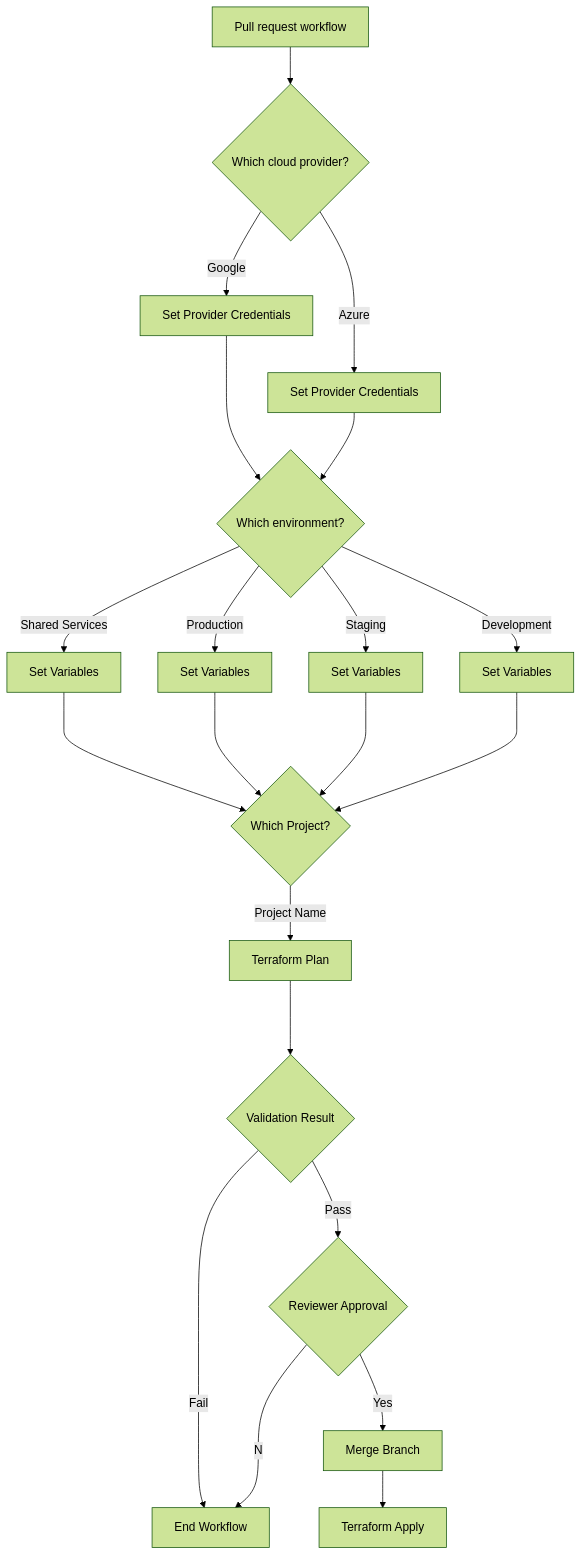
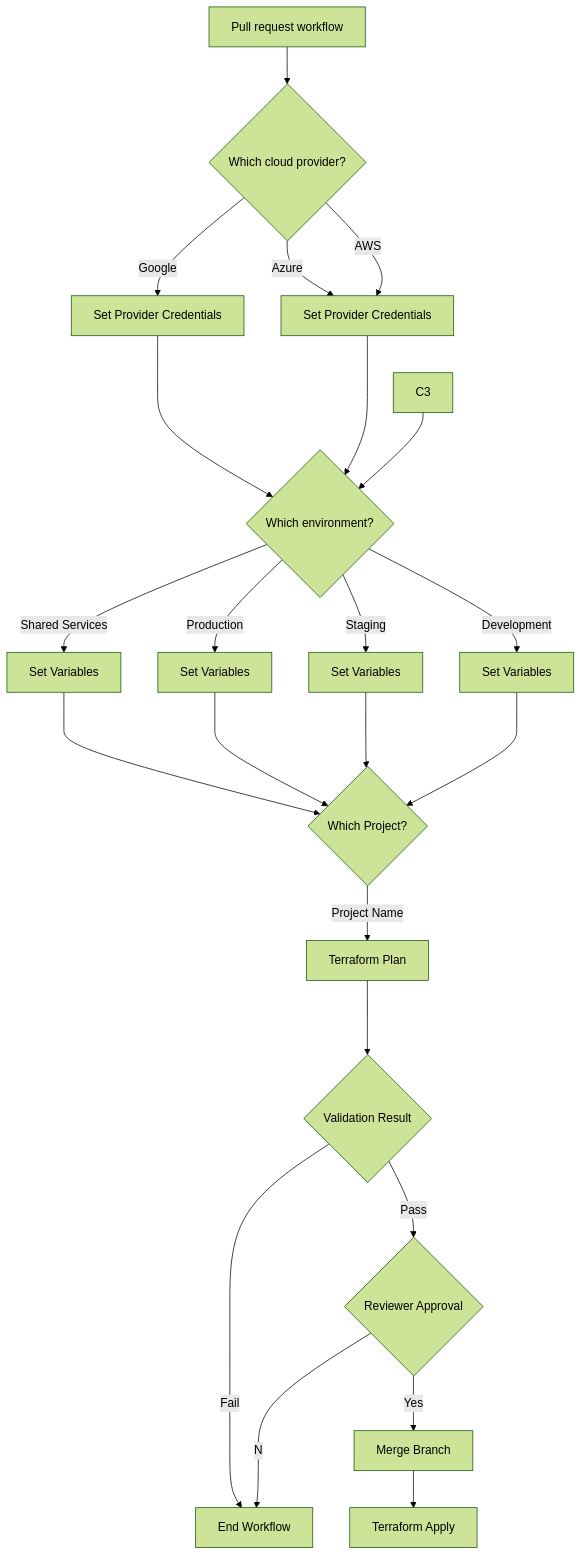
One commit to jaylabs/github-actions-with-terraform changed the diagram in README.md. Above: the diagram before and after it, drawn with Mermaid (forest theme).

````diff
--- a/README.md
+++ b/README.md
@@ -20,34 +20,36 @@
 ```mermaid
   graph TD;;
       A[Pull request workflow]-->B{Which cloud provider?};
 
      
       B--Google-->C1["Set Provider Credentials"];
       B--Azure-->C2["Set Provider Credentials"];
+      B--AWS-->C2["Set Provider Credentials"];
             
       C1--->W{Which environment?};
       C2-->W{Which environment?};
+      C3-->W{Which environment?};
             
       W--Shared Services-->E1["Set Variables"];
       W--Production-->E2["Set Variables"];
       W--Staging-->E3["Set Variables"];
       W--Development-->E4["Set Variables"];
       
       E1--->P{Which Project?};
       E2--->P{Which Project?};
       E3--->P{Which Project?};      
       E4--->P{Which Project?};
 
       
       P--Project Name-->T["Terraform Plan"];
       
       T--->V{"Validation Result"};
             
       V--Fail-->K["End Workflow"];
       V--Pass-->F{"Reviewer Approval"};
       F--Yes-->I["Merge Branch"];
       I-->H["Terraform Apply"];
       F--No-->K["End Workflow"];
   
 
 ```
````
